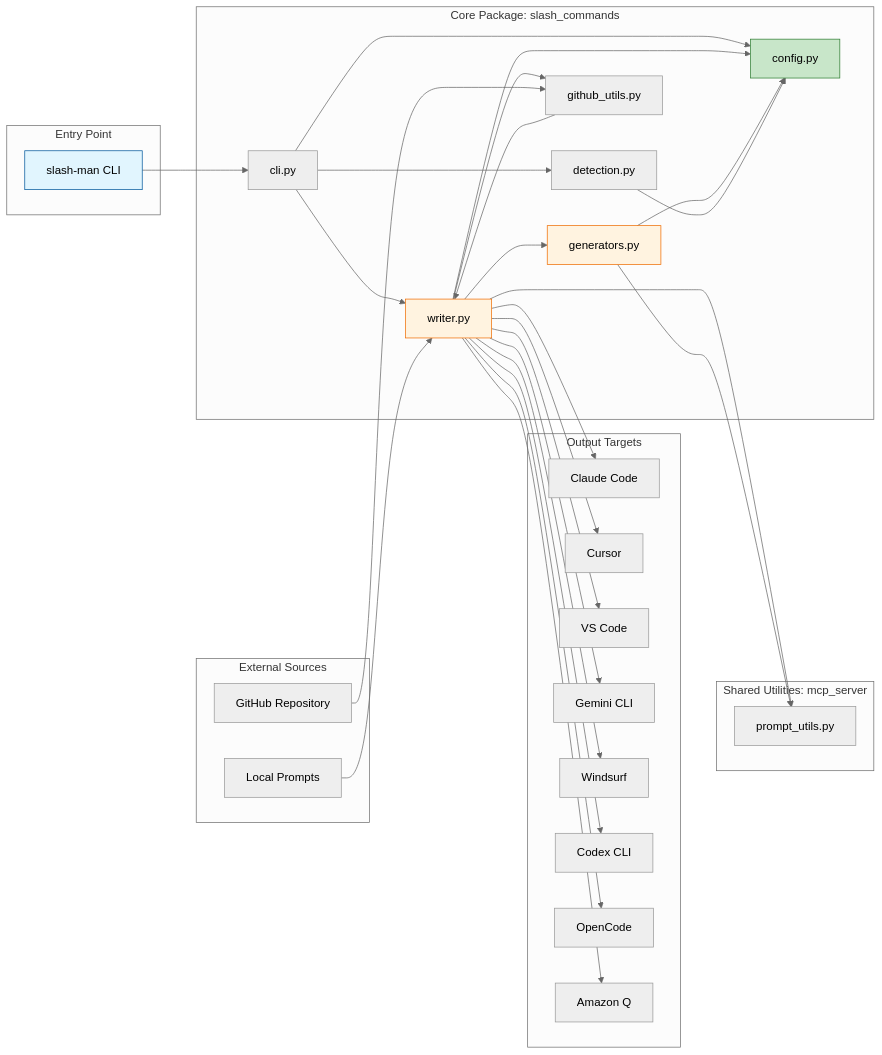
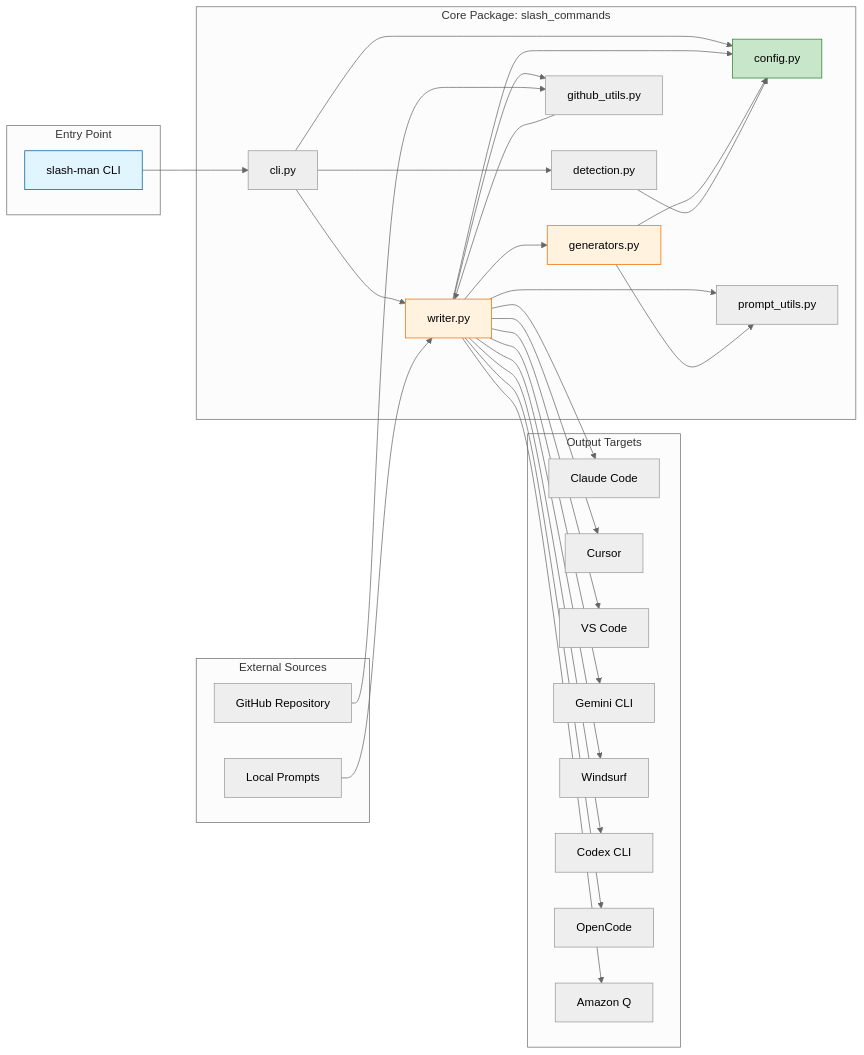
Before and after one commit to liatrio-labs/slash-command-manager: the first of 15 diagrams in docs/ARCHITECTURE.md, drawn with Mermaid (neutral theme). The commit also changed other lines of this file and 22 other files, not shown here.

First line of the commit message:
refactor: remove MCP server component and update descriptions

````diff
--- a/docs/ARCHITECTURE.md
+++ b/docs/ARCHITECTURE.md
@@ -11,69 +11,66 @@
 ```mermaid
 flowchart LR
     subgraph "Entry Point"
         CLI[slash-man CLI]
     end
 
     subgraph "External Sources"
         LOCAL[Local Prompts]
         GITHUB[GitHub Repository]
-    end
-
-    subgraph "Shared Utilities: mcp_server"
-        PUTIL[prompt_utils.py]
     end
 
     subgraph "Output Targets"
         CLAUDE[Claude Code]
         CURSOR[Cursor]
         VSCODE[VS Code]
         GEMINI[Gemini CLI]
         WINDSURF[Windsurf]
         CODEX[Codex CLI]
         OPENCODE[OpenCode]
         AMAZONQ[Amazon Q]
     end
 
     subgraph "Core Package: slash_commands"
         CLI_MOD[cli.py]
         CONFIG[config.py]
         DETECT[detection.py]
         WRITER[writer.py]
         GEN[generators.py]
+        PUTIL[prompt_utils.py]
         GH[github_utils.py]
     end
 
     CLI --> CLI_MOD
 
     CLI_MOD --> CONFIG
     CLI_MOD --> DETECT
     CLI_MOD --> WRITER
 
     WRITER --> CONFIG
     WRITER --> GEN
     WRITER --> PUTIL
     WRITER --> GH
 
     GEN --> CONFIG
     GEN --> PUTIL
 
     DETECT --> CONFIG
 
     LOCAL --> WRITER
     GITHUB --> GH
     GH --> WRITER
 
     WRITER --> CLAUDE
     WRITER --> CURSOR
     WRITER --> VSCODE
     WRITER --> GEMINI
     WRITER --> WINDSURF
     WRITER --> CODEX
     WRITER --> OPENCODE
     WRITER --> AMAZONQ
 
     style CLI fill:#e1f5fe,stroke:#01579b
     style WRITER fill:#fff3e0,stroke:#ef6c00
     style GEN fill:#fff3e0,stroke:#ef6c00
     style CONFIG fill:#c8e6c9,stroke:#2e7d32
 ```
````
